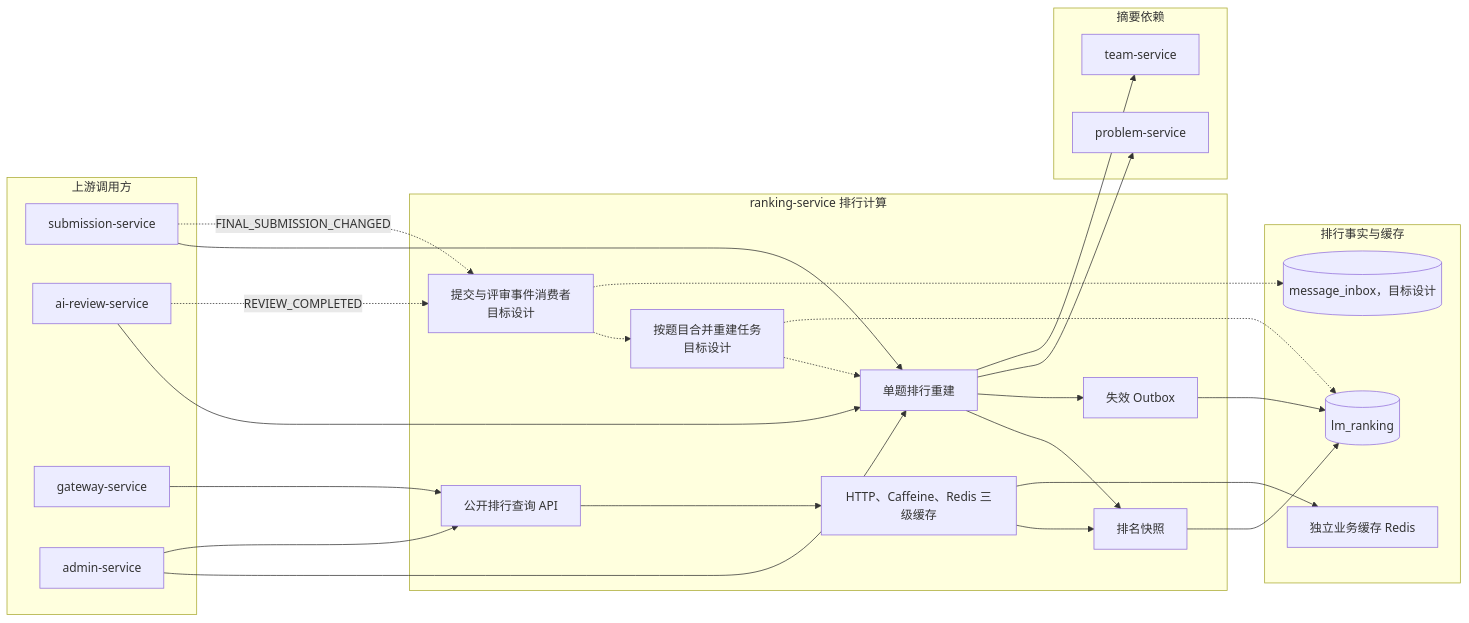
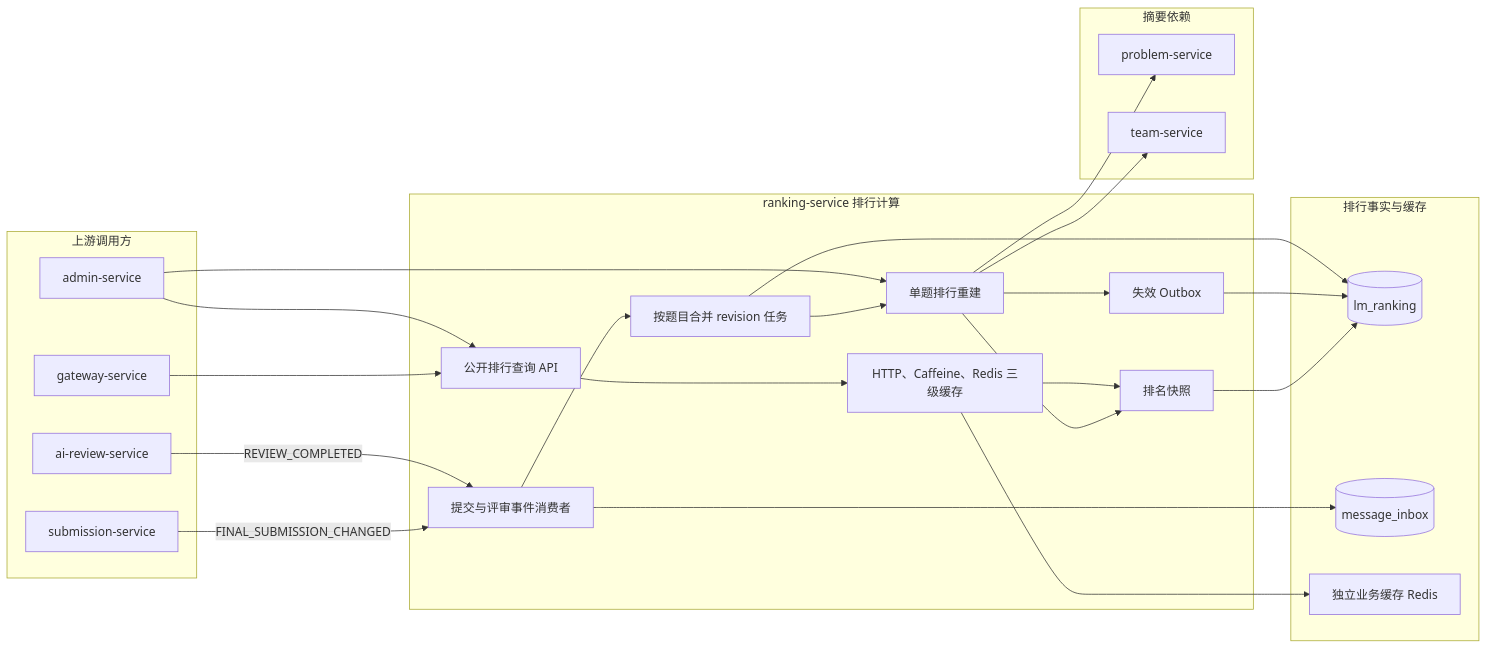
One commit to Dorian7Alden/LeetModel changed the diagram in docs/project/03-微服务设计/ranking-service/README.md. Above: the diagram before and after it, drawn with Mermaid. The commit also changed other lines of this file and 4 other files, not shown here.

````diff
--- a/docs/project/03-微服务设计/ranking-service/README.md
+++ b/docs/project/03-微服务设计/ranking-service/README.md
@@ -7,51 +7,49 @@
 ```mermaid
 flowchart LR
     subgraph callers["上游调用方"]
         submissionService["submission-service"]
         reviewService["ai-review-service"]
         apiGateway["gateway-service"]
         adminService["admin-service"]
     end
 
     subgraph ranking["ranking-service 排行计算"]
-        eventConsumer["提交与评审事件消费者<br/>目标设计"]
-        rebuildTask["按题目合并重建任务<br/>目标设计"]
+        eventConsumer["提交与评审事件消费者"]
+        rebuildTask["按题目合并 revision 任务"]
         rankRebuild["单题排行重建"]
         rankSnapshot["排名快照"]
         queryApi["公开排行查询 API"]
         tieredCache["HTTP、Caffeine、Redis 三级缓存"]
         outbox["失效 Outbox"]
 
-        eventConsumer -.-> rebuildTask -.-> rankRebuild
+        eventConsumer --> rebuildTask --> rankRebuild
         rankRebuild --> rankSnapshot
         rankRebuild --> outbox
         queryApi --> tieredCache
         tieredCache --> rankSnapshot
     end
 
     subgraph dependencies["摘要依赖"]
         problemService["problem-service"]
         teamService["team-service"]
     end
 
     subgraph data["排行事实与缓存"]
         rankingDatabase[(lm_ranking)]
-        messageInbox[(message_inbox，目标设计)]
+        messageInbox[(message_inbox)]
         cacheRedis["独立业务缓存 Redis"]
     end
 
-    submissionService --> rankRebuild
-    reviewService --> rankRebuild
-    submissionService -.->|"FINAL_SUBMISSION_CHANGED"| eventConsumer
-    reviewService -.->|"REVIEW_COMPLETED"| eventConsumer
+    submissionService -->|"FINAL_SUBMISSION_CHANGED"| eventConsumer
+    reviewService -->|"REVIEW_COMPLETED"| eventConsumer
     apiGateway --> queryApi
     adminService --> rankRebuild
     adminService --> queryApi
     rankRebuild --> problemService
     rankRebuild --> teamService
     rankSnapshot --> rankingDatabase
     outbox --> rankingDatabase
-    eventConsumer -.-> messageInbox
-    rebuildTask -.-> rankingDatabase
+    eventConsumer --> messageInbox
+    rebuildTask --> rankingDatabase
     tieredCache --> cacheRedis
 ```
````
